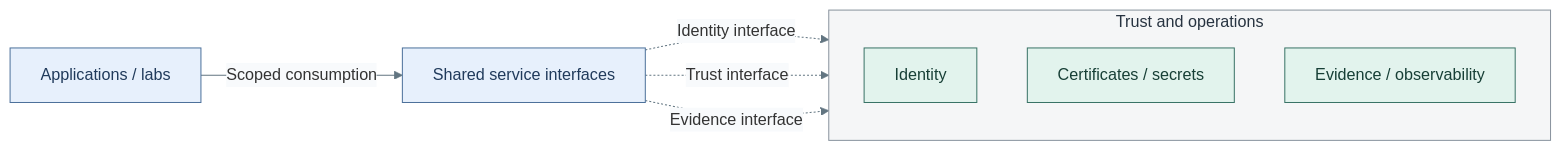
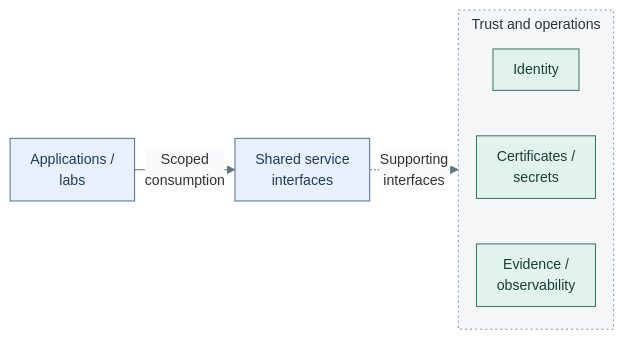
The diagram in docs/01-architecture/02-organization/README.md (Rexus/homelab), drawn with Mermaid before and after one commit. The commit also changed other lines of this file and 124 other files, not shown here.

First line of the commit message:
fix(platform): align service diagrams and directory failover

````diff
--- a/docs/01-architecture/02-organization/README.md
+++ b/docs/01-architecture/02-organization/README.md
@@ -11,21 +11,20 @@
 ```mermaid
-%%{init: {"theme":"base","themeVariables":{"lineColor":"#627581","edgeLabelBackground":"#f8fafc"}}}%%
+%%{init: {"theme":"base","flowchart":{"nodeSpacing":16,"rankSpacing":20,"padding":10,"subGraphTitleMargin":{"top":4,"bottom":12}},"themeVariables":{"lineColor":"#627581","edgeLabelBackground":"#f8fafc","fontFamily":"Arial, sans-serif","fontSize":"14px"},"fontFamily":"Arial, sans-serif"}}%%
 flowchart LR
-  Consumer["Applications / labs"] -->|Scoped consumption| Services["Shared service interfaces"]
+  Consumer["Applications /<br/>labs"] -->|Scoped<br/>consumption| Services["Shared service<br/>interfaces"]
   subgraph Control["Trust and operations"]
     direction TB
     Identity["Identity"]
-    Trust["Certificates / secrets"]
-    Evidence["Evidence / observability"]
+    Trust["Certificates /<br/>secrets"]
+    Evidence["Evidence /<br/>observability"]
+    Identity ~~~ Trust ~~~ Evidence
   end
-  Services -. Identity interface .-> Identity
-  Services -. Trust interface .-> Trust
-  Services -. Evidence interface .-> Evidence
+  Services -. Supporting<br/>interfaces .-> Control
   classDef default fill:#f8fafc,stroke:#64748b,color:#1f2937
   classDef services fill:#e7f0fc,stroke:#4d719b,color:#203a5b
   classDef control fill:#e2f3ed,stroke:#397366,color:#173f36
   class Consumer,Services services
-  classDef group fill:#f5f6f7,stroke:#89939e,color:#273340
+  classDef group fill:#f5f6f7,stroke:#89939e,color:#273340,stroke-dasharray:2 3
   class Control group
   class Identity,Trust,Evidence control
 ```
````
